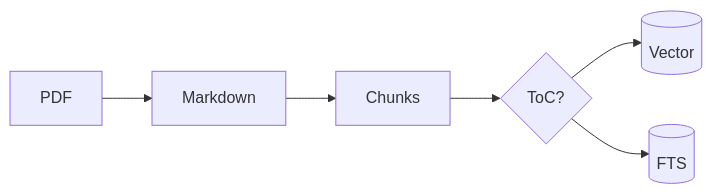
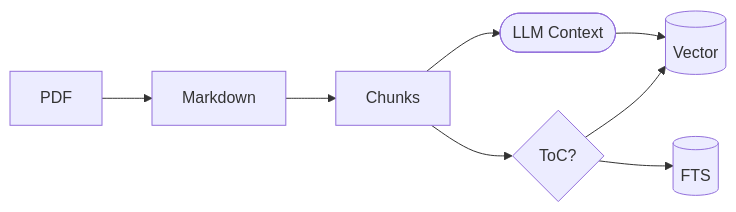
The first of 2 diagrams in README.md (romankurakin/sova), drawn with Mermaid before and after one commit. The commit also changed other lines of this file and 23 other files, not shown here.

````diff
--- a/README.md
+++ b/README.md
@@ -36,7 +39,9 @@
 ```mermaid
 flowchart LR
     PDF --> Markdown --> Chunks
     Chunks --> Classify{ToC?}
-    Classify --> Embeddings[(Vector)]
+    Chunks --> Context([LLM Context])
+    Context --> Embeddings[(Vector)]
+    Classify --> Embeddings
     Classify --> BM25[(FTS)]
 ```
````
